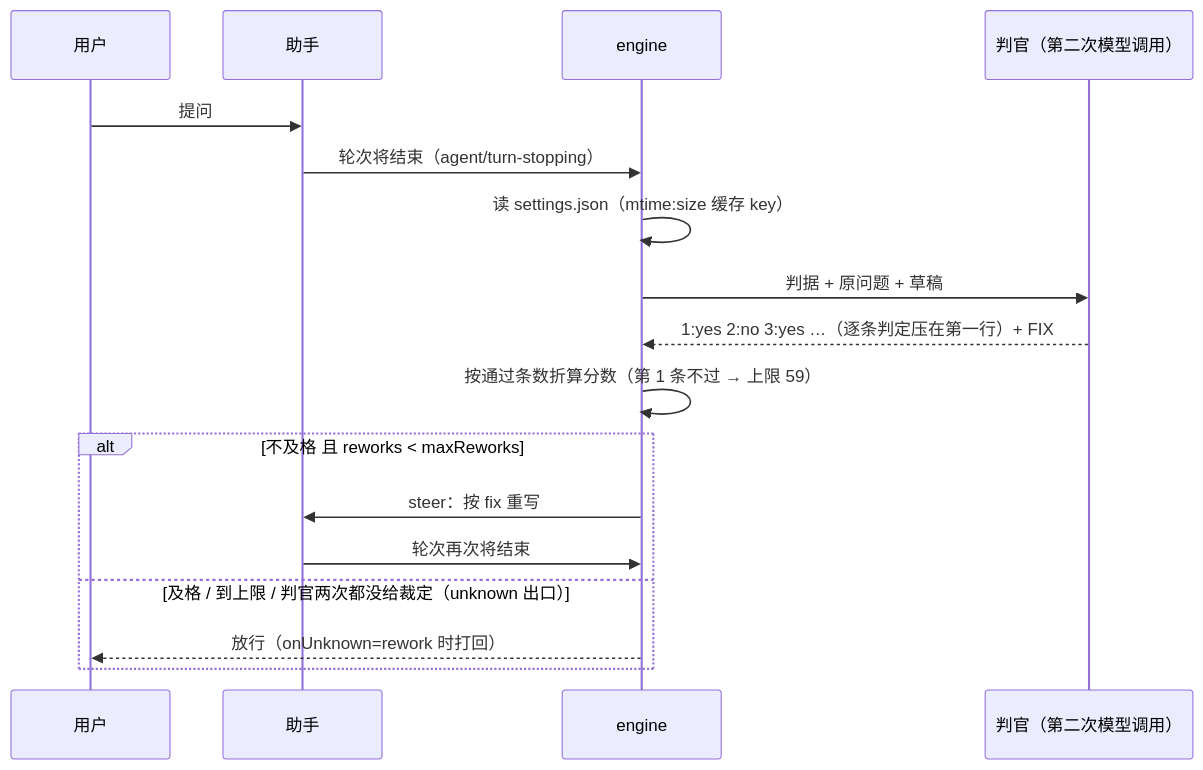
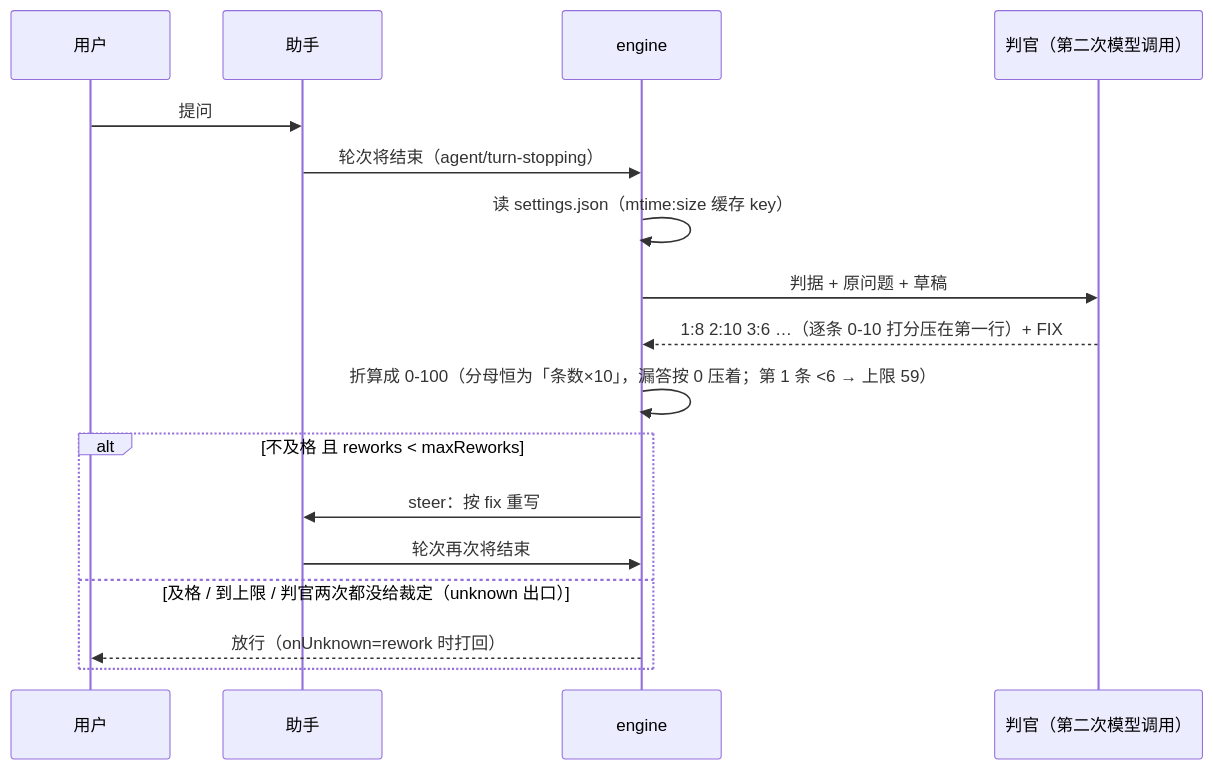
The diagram in README.md (wdj20050927/dsh-quality-guard), drawn with Mermaid before and after one commit. The commit also changed other lines of this file and 7 other files, not shown here.

````diff
--- a/README.md
+++ b/README.md
@@ -35,19 +35,19 @@
 ```mermaid
 sequenceDiagram
     participant U as 用户
     participant A as 助手
     participant E as engine
     participant J as 判官（第二次模型调用）
     U->>A: 提问
     A->>E: 轮次将结束（agent/turn-stopping）
     E->>E: 读 settings.json（mtime:size 缓存 key）
     E->>J: 判据 + 原问题 + 草稿
-    J-->>E: 1:yes 2:no 3:yes …（逐条判定压在第一行）+ FIX
-    E->>E: 按通过条数折算分数（第 1 条不过 → 上限 59）
+    J-->>E: 1:8 2:10 3:6 …（逐条 0-10 打分压在第一行）+ FIX
+    E->>E: 折算成 0-100（分母恒为「条数×10」，漏答按 0 压着；第 1 条 <6 → 上限 59）
     alt 不及格 且 reworks < maxReworks
         E->>A: steer：按 fix 重写
         A->>E: 轮次再次将结束
     else 及格 / 到上限 / 判官两次都没给裁定（unknown 出口）
         E-->>U: 放行（onUnknown=rework 时打回）
     end
 ```
````
